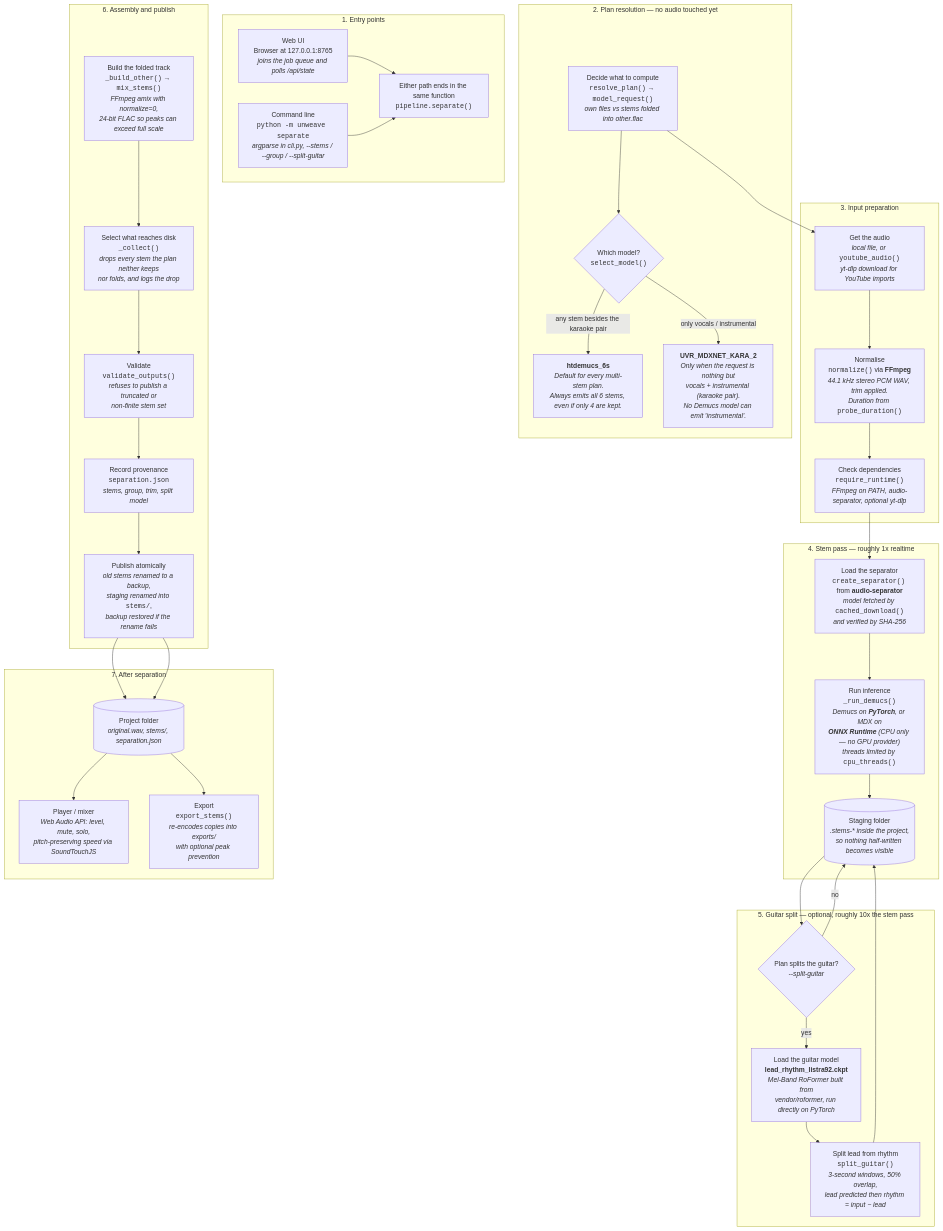
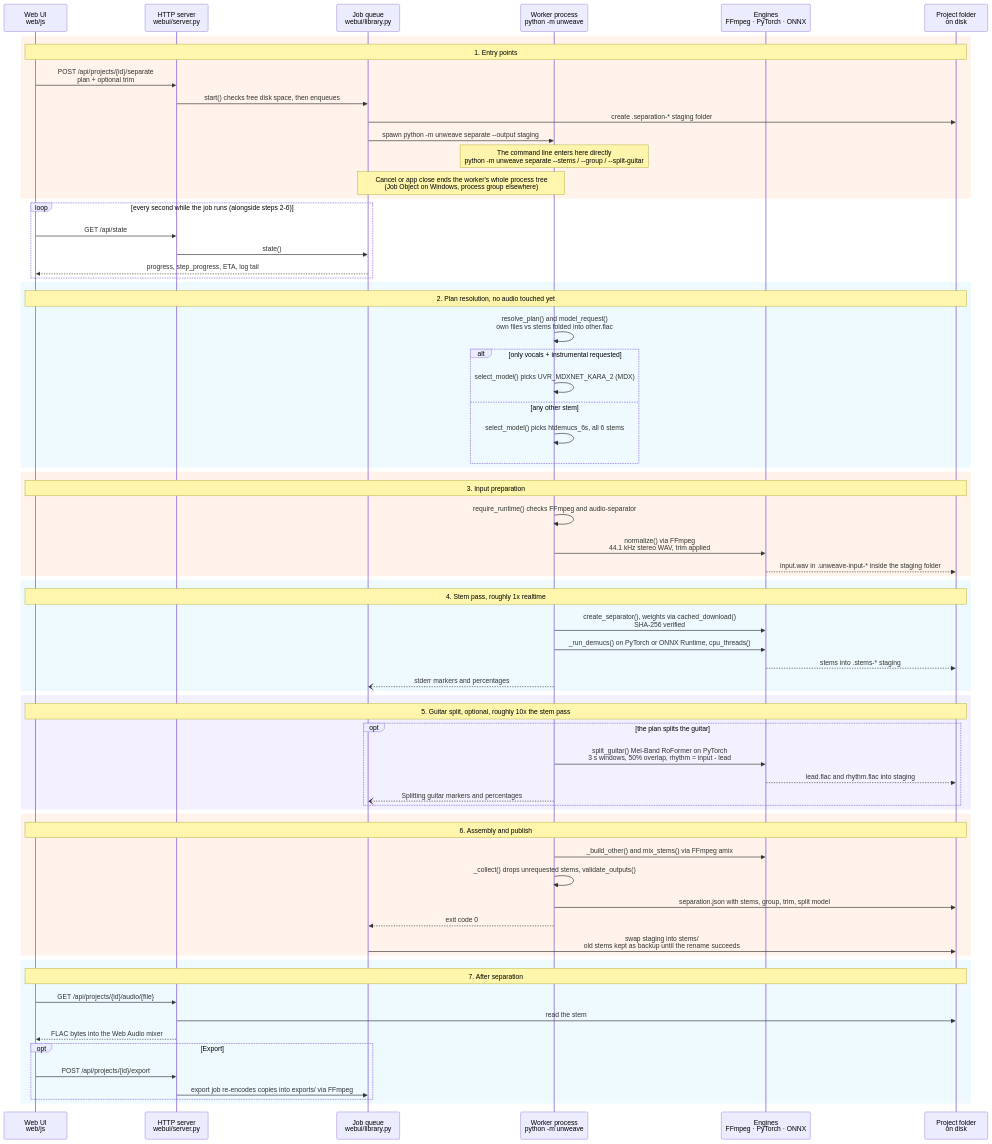
One commit to phunguyen4869/unweave changed the diagram in docs/architecture.md. Above: the diagram before and after it, drawn with Mermaid. The commit also changed other lines of this file and 64 other files, not shown here.

First line of the commit message:
Release 1.5.0: settings panel, leftover cleanup, safer first-run downloads

````diff
--- a/docs/architecture.md
+++ b/docs/architecture.md
@@ -10,64 +15,79 @@
 ```mermaid
-flowchart TD
-    subgraph entry ["1. Entry points"]
-        UI["Web UI<br/>Browser at 127.0.0.1:8765<br/><i>joins the job queue and polls /api/state</i>"]
-        CLI["Command line<br/><code>python -m unweave separate</code><br/><i>argparse in cli.py, --stems / --group / --split-guitar</i>"]
-        BOTH["Either path ends in the same function<br/><code>pipeline.separate()</code>"]
-        UI --> BOTH
-        CLI --> BOTH
+sequenceDiagram
+    participant UI as Web UI<br/>web/js
+    participant SRV as HTTP server<br/>webui/server.py
+    participant Q as Job queue<br/>webui/library.py
+    participant W as Worker process<br/>python -m unweave
+    participant ENG as Engines<br/>FFmpeg · PyTorch · ONNX
+    participant FS as Project folder<br/>on disk
+
+    rect rgba(255, 138, 61, 0.10)
+    Note over UI,FS: 1. Entry points
+    UI->>SRV: POST /api/projects/{id}/separate<br/>plan + optional trim
+    SRV->>Q: start() checks free disk space, then enqueues
+    Q->>FS: create .separation-* staging folder
+    Q->>W: spawn python -m unweave separate --output staging
+    Note over W: The command line enters here directly<br/>python -m unweave separate --stems / --group / --split-guitar
+    Note over Q,W: Cancel or app close ends the worker's whole process tree<br/>(Job Object on Windows, process group elsewhere)
     end
 
-    subgraph plan ["2. Plan resolution — no audio touched yet"]
-        RESOLVE["Decide what to compute<br/><code>resolve_plan()</code> → <code>model_request()</code><br/><i>own files vs stems folded into other.flac</i>"]
-        MODEL{"Which model?<br/><code>select_model()</code>"}
-        DEMUCS["<b>htdemucs_6s</b><br/><i>Default for every multi-stem plan.<br/>Always emits all 6 stems, even if only 4 are kept.</i>"]
-        MDX["<b>UVR_MDXNET_KARA_2</b><br/><i>Only when the request is nothing but<br/>vocals + instrumental (karaoke pair).<br/>No Demucs model can emit 'instrumental'.</i>"]
-        RESOLVE --> MODEL
-        MODEL -->|"any stem besides the karaoke pair"| DEMUCS
-        MODEL -->|"only vocals / instrumental"| MDX
+    loop every second while the job runs (alongside steps 2-6)
+        UI->>SRV: GET /api/state
+        SRV->>Q: state()
+        Q-->>UI: progress, step_progress, ETA, log tail
     end
 
-    subgraph prep ["3. Input preparation"]
-        SRC["Get the audio<br/><i>local file, or</i> <code>youtube_audio()</code><br/><i>yt-dlp download for YouTube imports</i>"]
-        NORM["Normalise<br/><code>normalize()</code> via <b>FFmpeg</b><br/><i>44.1 kHz stereo PCM WAV, trim applied.<br/>Duration from</i> <code>probe_duration()</code>"]
-        RUNTIME["Check dependencies<br/><code>require_runtime()</code><br/><i>FFmpeg on PATH, audio-separator, optional yt-dlp</i>"]
-        SRC --> NORM --> RUNTIME
+    rect rgba(92, 200, 255, 0.10)
+    Note over UI,FS: 2. Plan resolution, no audio touched yet
+    W->>W: resolve_plan() and model_request()<br/>own files vs stems folded into other.flac
+    alt only vocals + instrumental requested
+        W->>W: select_model() picks UVR_MDXNET_KARA_2 (MDX)
+    else any other stem
+        W->>W: select_model() picks htdemucs_6s, all 6 stems
+    end
     end
 
-    subgraph stems ["4. Stem pass — roughly 1x realtime"]
-        LOAD["Load the separator<br/><code>create_separator()</code> from <b>audio-separator</b><br/><i>model fetched by</i> <code>cached_download()</code><br/><i>and verified by SHA-256</i>"]
-        INFER["Run inference<br/><code>_run_demucs()</code><br/><i>Demucs on <b>PyTorch</b>, or MDX on<br/><b>ONNX Runtime</b> (CPU only — no GPU provider)<br/>threads limited by</i> <code>cpu_threads()</code>"]
-        STAGE[("Staging folder<br/><i>.stems-* inside the project,<br/>so nothing half-written becomes visible</i>")]
-        LOAD --> INFER --> STAGE
+    rect rgba(255, 138, 61, 0.10)
+    Note over UI,FS: 3. Input preparation
+    W->>W: require_runtime() checks FFmpeg and audio-separator
+    W->>ENG: normalize() via FFmpeg<br/>44.1 kHz stereo WAV, trim applied
+    ENG-->>FS: input.wav in .unweave-input-* inside the staging folder
     end
 
-    subgraph split ["5. Guitar split — optional, roughly 10x the stem pass"]
-        GATE{"Plan splits the guitar?<br/><i>--split-guitar</i>"}
-        GLOAD["Load the guitar model<br/><b>lead_rhythm_listra92.ckpt</b><br/><i>Mel-Band RoFormer built from<br/>vendor/roformer, run directly on PyTorch</i>"]
-        GINFER["Split lead from rhythm<br/><code>split_guitar()</code><br/><i>3-second windows, 50% overlap,<br/>lead predicted then rhythm = input − lead</i>"]
-        GATE -->|yes| GLOAD --> GINFER --> STAGE
-        GATE -->|no| STAGE
+    rect rgba(92, 200, 255, 0.10)
+    Note over UI,FS: 4. Stem pass, roughly 1x realtime
+    W->>ENG: create_separator(), weights via cached_download()<br/>SHA-256 verified
+    W->>ENG: _run_demucs() on PyTorch or ONNX Runtime, cpu_threads()
+    ENG-->>FS: stems into .stems-* staging
+    W--)Q: stderr markers and percentages
     end
 
-    subgraph publish ["6. Assembly and publish"]
-        OTHER["Build the folded track<br/><code>_build_other()</code> → <code>mix_stems()</code><br/><i>FFmpeg amix with normalize=0,<br/>24-bit FLAC so peaks can exceed full scale</i>"]
-        COLLECT["Select what reaches disk<br/><code>_collect()</code><br/><i>drops every stem the plan neither keeps<br/>nor folds, and logs the drop</i>"]
-        VALID["Validate<br/><code>validate_outputs()</code><br/><i>refuses to publish a truncated or<br/>non-finite stem set</i>"]
-        SETTINGS["Record provenance<br/><code>separation.json</code><br/><i>stems, group, trim, split model</i>"]
-        PUBLISH["Publish atomically<br/><i>old stems renamed to a backup,<br/>staging renamed into</i> <code>stems/</code>,<br/><i>backup restored if the rename fails</i>"]
-        OTHER --> COLLECT --> VALID --> SETTINGS --> PUBLISH
+    rect rgba(157, 140, 255, 0.12)
+    Note over UI,FS: 5. Guitar split, optional, roughly 10x the stem pass
+    opt the plan splits the guitar
+        W->>ENG: split_guitar() Mel-Band RoFormer on PyTorch<br/>3 s windows, 50% overlap, rhythm = input - lead
+        ENG-->>FS: lead.flac and rhythm.flac into staging
+        W--)Q: Splitting guitar markers and percentages
+    end
     end
 
-    subgraph after ["7. After separation"]
-        PROJECT[("Project folder<br/><i>original.wav, stems/, separation.json</i>")]
-        PLAYER["Player / mixer<br/><i>Web Audio API: level, mute, solo,<br/>pitch-preserving speed via SoundTouchJS</i>"]
-        EXPORT["Export<br/><code>export_stems()</code><br/><i>re-encodes copies into exports/<br/>with optional peak prevention</i>"]
-        PUBLISH --> PROJECT --> PLAYER
-        PROJECT --> EXPORT
+    rect rgba(255, 138, 61, 0.10)
+    Note over UI,FS: 6. Assembly and publish
+    W->>ENG: _build_other() and mix_stems() via FFmpeg amix
+    W->>W: _collect() drops unrequested stems, validate_outputs()
+    W->>FS: separation.json with stems, group, trim, split model
+    W-->>Q: exit code 0
+    Q->>FS: swap staging into stems/<br/>old stems kept as backup until the rename succeeds
     end
 
-    RESOLVE --> SRC
-    RUNTIME --> LOAD
-    STAGE --> GATE
-    PUBLISH --> PROJECT
+    rect rgba(92, 200, 255, 0.10)
+    Note over UI,FS: 7. After separation
+    UI->>SRV: GET /api/projects/{id}/audio/{file}
+    SRV->>FS: read the stem
+    SRV-->>UI: FLAC bytes into the Web Audio mixer
+    opt Export
+        UI->>SRV: POST /api/projects/{id}/export
+        SRV->>Q: export job re-encodes copies into exports/ via FFmpeg
+    end
+    end
 ```
````
